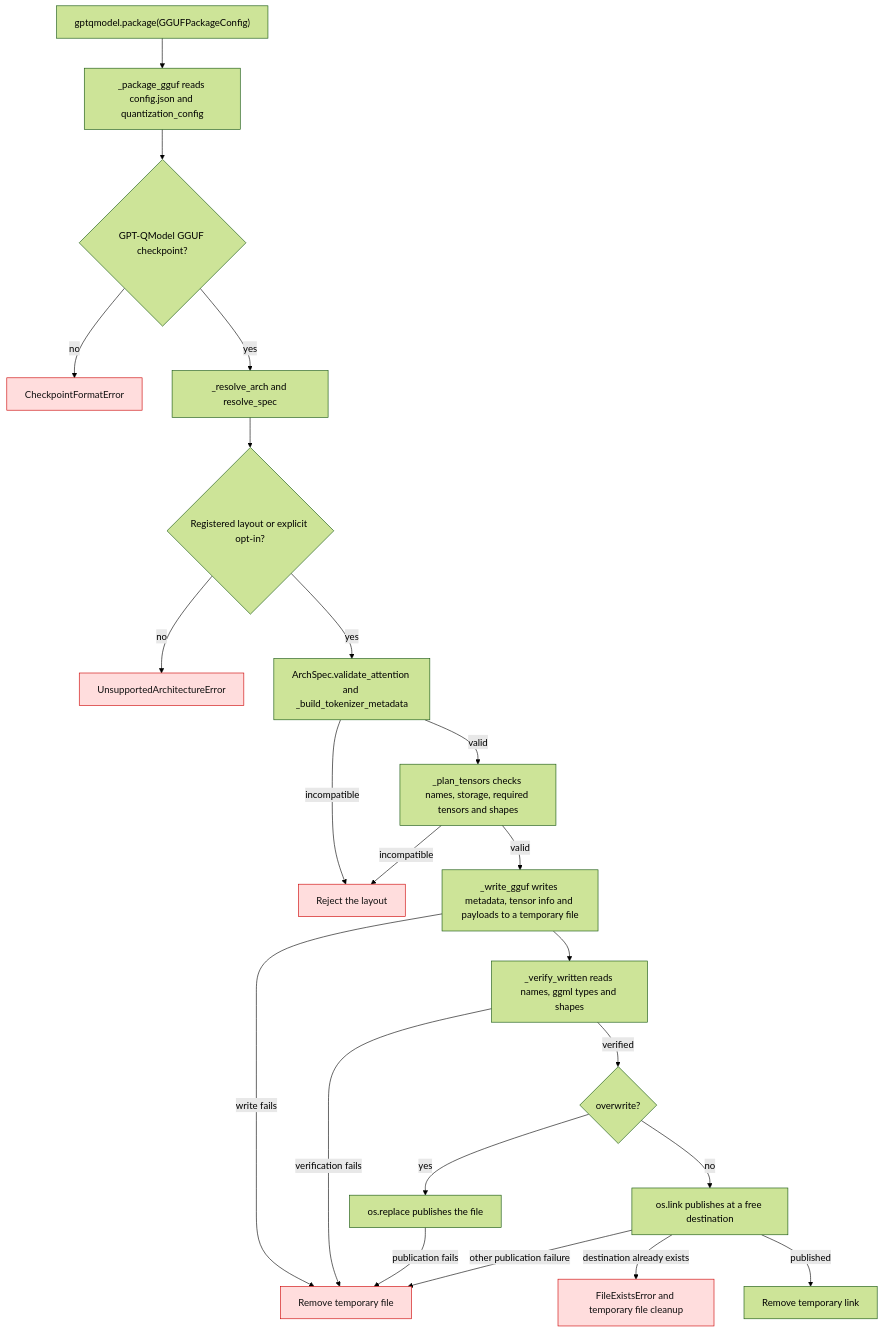
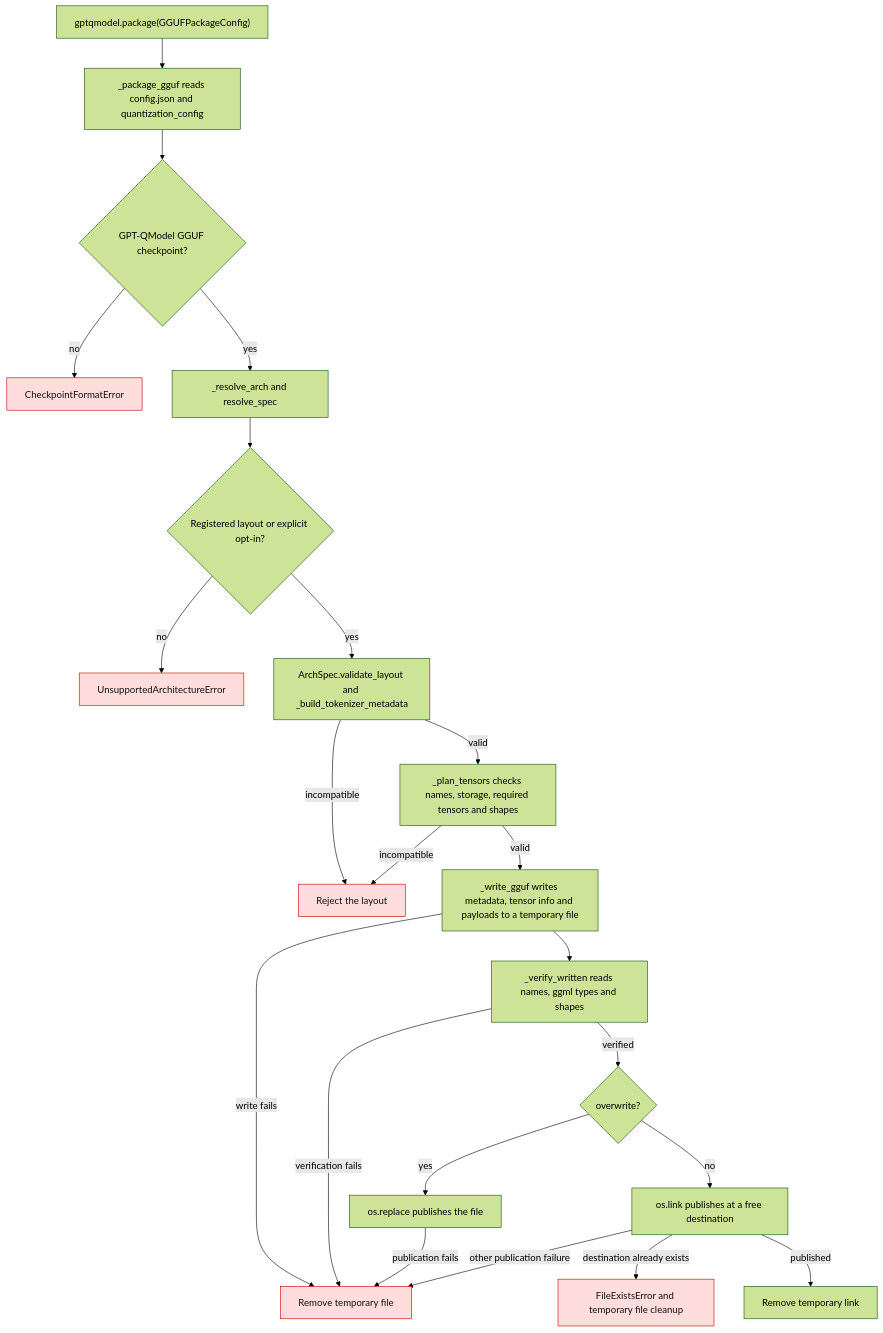
Before and after one commit to ModelCloud/GPTQModel: the diagram in docs/gguf-package.md, drawn with Mermaid (forest theme). The commit also changed other lines of this file and 3 other files, not shown here.

````diff
--- a/docs/gguf-package.md
+++ b/docs/gguf-package.md
@@ -55,26 +55,26 @@
 ```mermaid
 flowchart TD
     A["gptqmodel.package(GGUFPackageConfig)"] --> B["_package_gguf reads config.json and quantization_config"]
     B --> C{"GPT-QModel GGUF checkpoint?"}
     C -- "no" --> R1["CheckpointFormatError"]
     C -- "yes" --> D["_resolve_arch and resolve_spec"]
     D --> E{"Registered layout or explicit opt-in?"}
     E -- "no" --> R2["UnsupportedArchitectureError"]
-    E -- "yes" --> W["ArchSpec.validate_attention and _build_tokenizer_metadata"]
+    E -- "yes" --> W["ArchSpec.validate_layout and _build_tokenizer_metadata"]
     W -- "incompatible" --> R3["Reject the layout"]
     W -- "valid" --> F["_plan_tensors checks names, storage, required tensors and shapes"]
     F -- "incompatible" --> R3
     F -- "valid" --> H["_write_gguf writes metadata, tensor info and payloads to a temporary file"]
     H --> I["_verify_written reads names, ggml types and shapes"]
     H -- "write fails" --> R4["Remove temporary file"]
     I -- "verification fails" --> R4
     I -- "verified" --> J{"overwrite?"}
     J -- "yes" --> K["os.replace publishes the file"]
     J -- "no" --> L["os.link publishes at a free destination"]
     K -- "publication fails" --> R4
     L -- "destination already exists" --> R5["FileExistsError and temporary file cleanup"]
     L -- "other publication failure" --> R4
     L -- "published" --> M["Remove temporary link"]
     classDef bad fill:#fdd,stroke:#c00,color:#111;
     class R1,R2,R3,R4,R5 bad;
 ```
````
